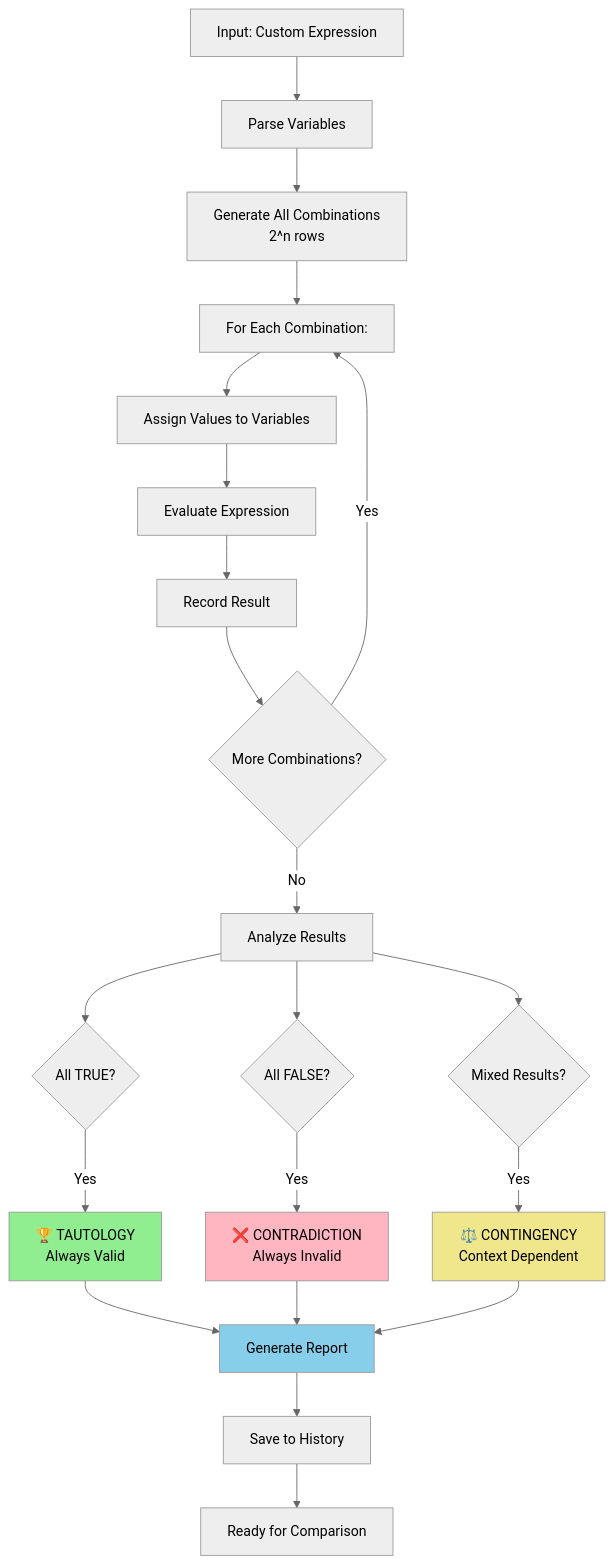
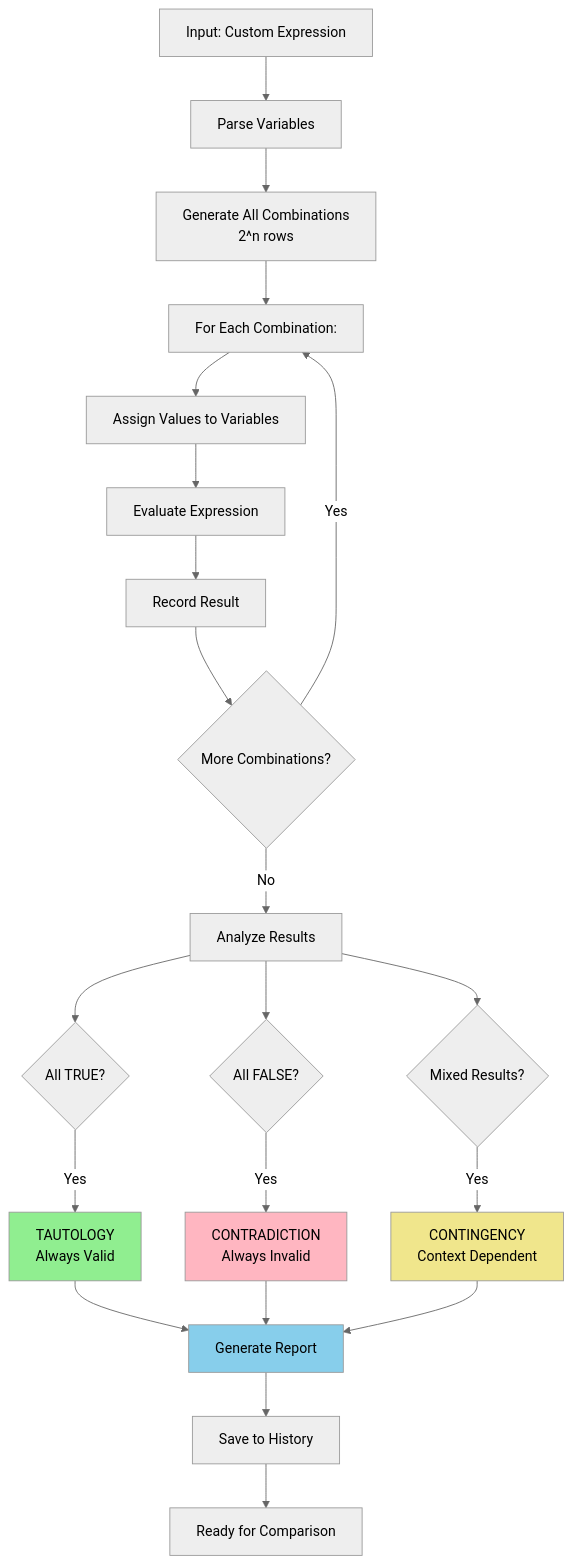
Before and after one commit to antonprafanto/logikamatematika: the fifth of 6 diagrams in pertemuan2.md, drawn with Mermaid (neutral theme). The commit also changed other lines of this file, not shown here.

````diff
--- a/pertemuan2.md
+++ b/pertemuan2.md
@@ -813,34 +813,34 @@
 ```mermaid
 flowchart TD
     A[Input: Custom Expression] --> B[Parse Variables]
     B --> C[Generate All Combinations<br/>2^n rows]
     
     C --> D[For Each Combination:]
     D --> E[Assign Values to Variables]
     E --> F[Evaluate Expression]
     F --> G[Record Result]
     
     G --> H{More Combinations?}
     H -->|Yes| D
     H -->|No| I[Analyze Results]
     
     I --> J{All TRUE?}
     I --> K{All FALSE?}
     I --> L{Mixed Results?}
     
-    J -->|Yes| M[🏆 TAUTOLOGY<br/>Always Valid]
-    K -->|Yes| N[❌ CONTRADICTION<br/>Always Invalid]
-    L -->|Yes| O[⚖️ CONTINGENCY<br/>Context Dependent]
+    J -->|Yes| M[TAUTOLOGY<br/>Always Valid]
+    K -->|Yes| N[CONTRADICTION<br/>Always Invalid]
+    L -->|Yes| O[CONTINGENCY<br/>Context Dependent]
     
     M --> P[Generate Report]
     N --> P
     O --> P
     
     P --> Q[Save to History]
     Q --> R[Ready for Comparison]
     
     style M fill:#90EE90
     style N fill:#FFB6C1
     style O fill:#F0E68C
     style P fill:#87CEEB
 ```
````
